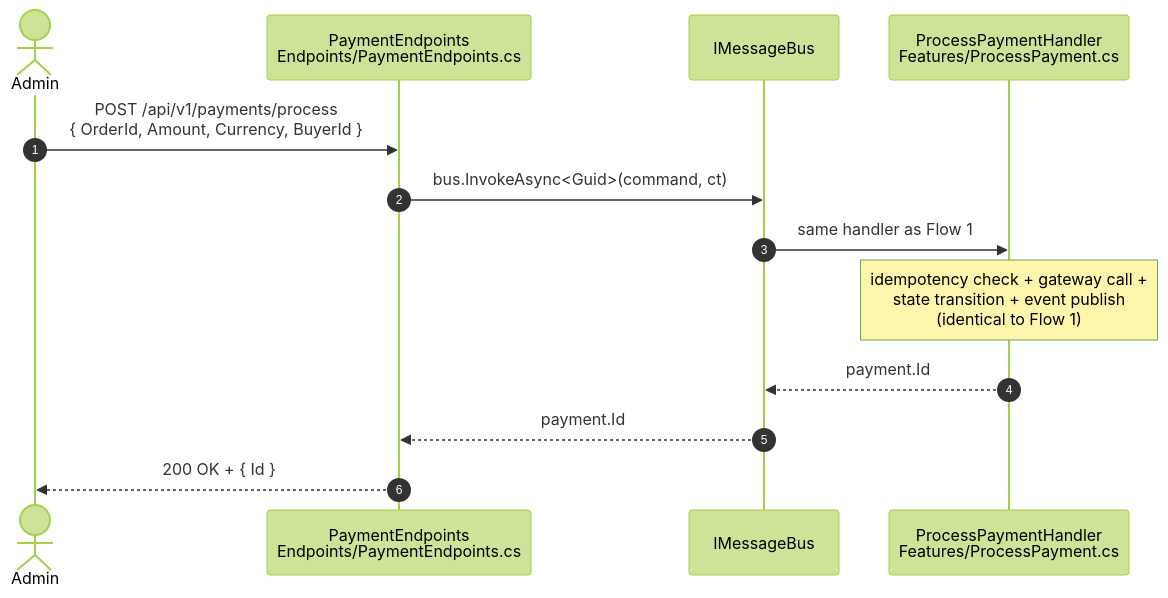
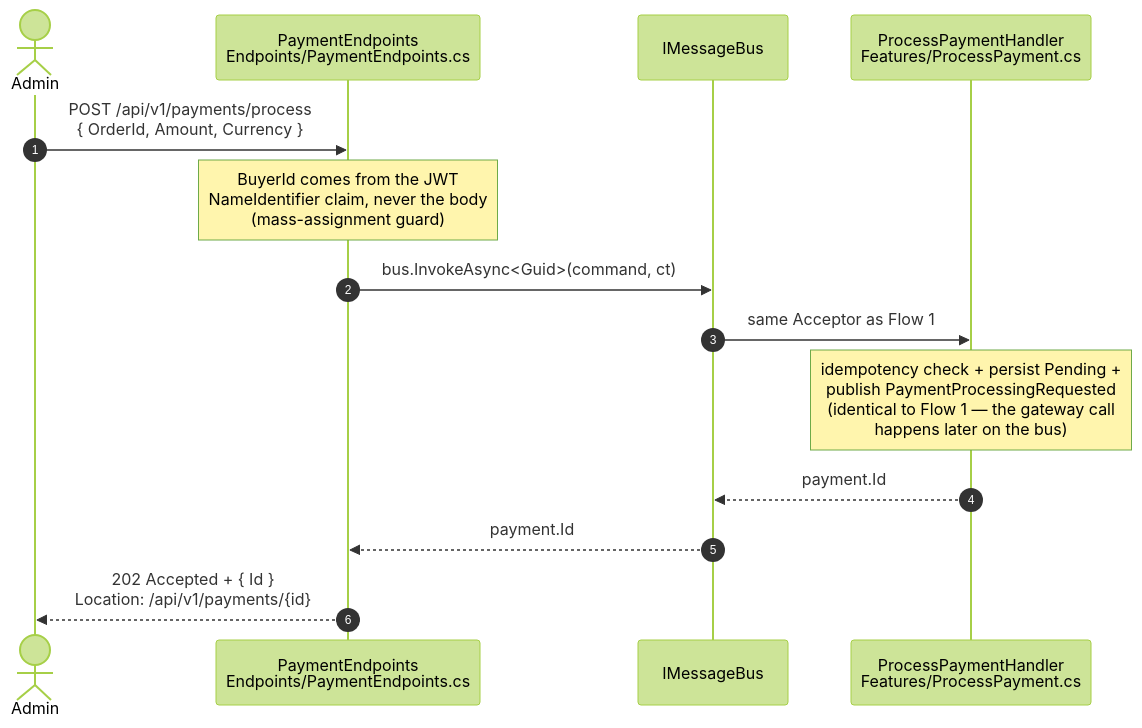
The second of 4 diagrams in docs/code-flows/paymentservice.md (emeraldleaf/NextAurora), drawn with Mermaid (forest theme) before and after one commit. The commit also changed other lines of this file and 46 other files, not shown here.

````diff
--- a/docs/code-flows/paymentservice.md
+++ b/docs/code-flows/paymentservice.md
@@ -83,16 +91,17 @@
 ```mermaid
 sequenceDiagram
     autonumber
     actor Admin
     participant EP as PaymentEndpoints<br/>Endpoints/PaymentEndpoints.cs
     participant Bus as IMessageBus
     participant H as ProcessPaymentHandler<br/>Features/ProcessPayment.cs
 
-    Admin->>EP: POST /api/v1/payments/process<br/>{ OrderId, Amount, Currency, BuyerId }
+    Admin->>EP: POST /api/v1/payments/process<br/>{ OrderId, Amount, Currency }
+    Note over EP: BuyerId comes from the JWT<br/>NameIdentifier claim, never the body<br/>(mass-assignment guard)
     EP->>Bus: bus.InvokeAsync<Guid>(command, ct)
-    Bus->>H: same handler as Flow 1
-    Note over H: idempotency check + gateway call +<br/>state transition + event publish<br/>(identical to Flow 1)
+    Bus->>H: same Acceptor as Flow 1
+    Note over H: idempotency check + persist Pending +<br/>publish PaymentProcessingRequested<br/>(identical to Flow 1 — the gateway call<br/>happens later on the bus)
     H-->>Bus: payment.Id
     Bus-->>EP: payment.Id
-    EP-->>Admin: 200 OK + { Id }
+    EP-->>Admin: 202 Accepted + { Id }<br/>Location: /api/v1/payments/{id}
 ```
````
